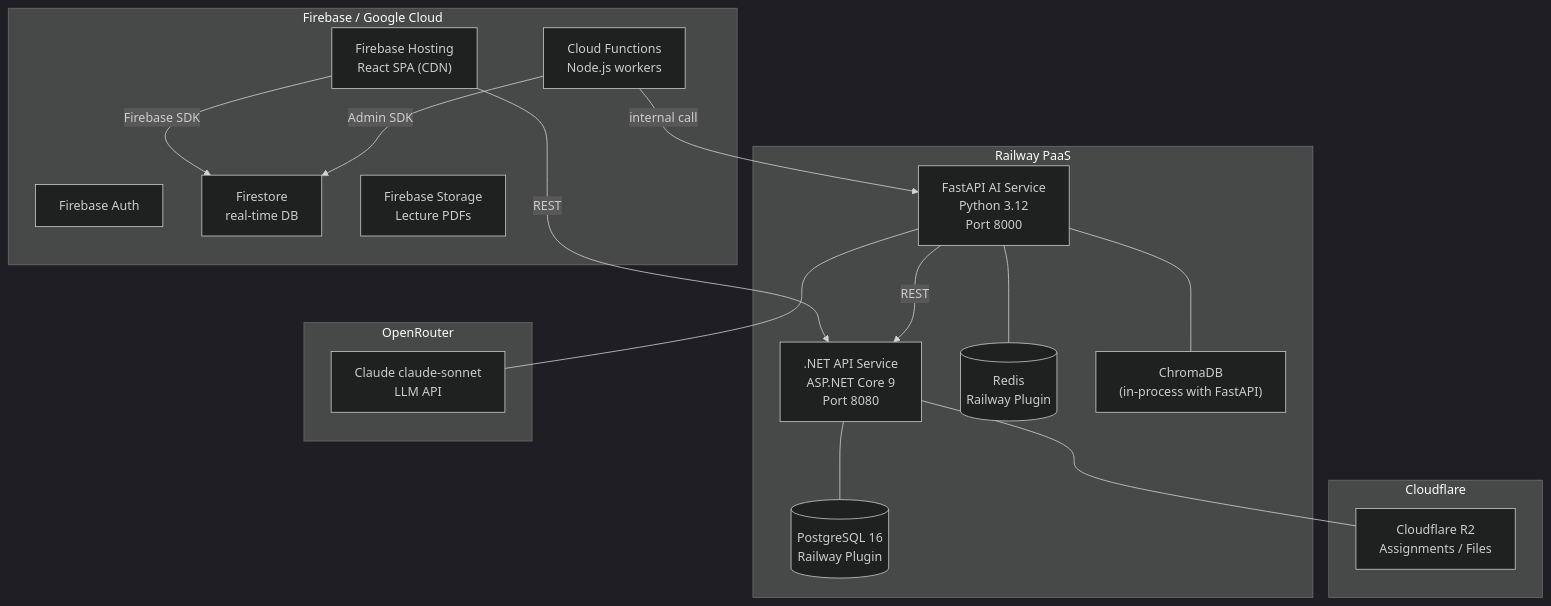
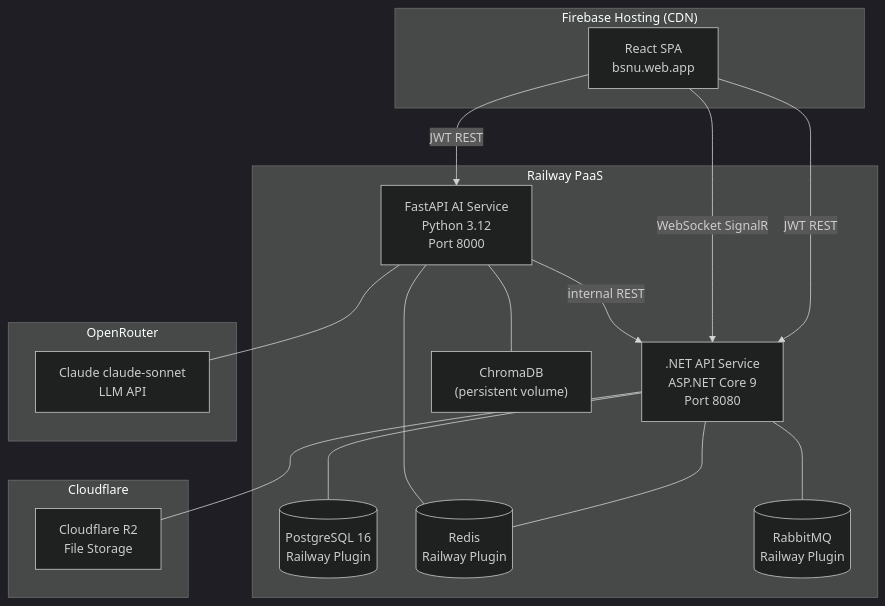
The diagram in Project-Documentation/33-System-Design/08_SCALABILITY_AND_DEPLOYMENT.md (Mohamedmahmoud148/UniversityManagementSystem), drawn with Mermaid (dark theme) before and after one commit. The commit also changed other lines of this file and 5 other files, not shown here.

First line of the commit message:
docs: remove Firebase backend from system design — hosting only

````diff
--- a/Project-Documentation/33-System-Design/08_SCALABILITY_AND_DEPLOYMENT.md
+++ b/Project-Documentation/33-System-Design/08_SCALABILITY_AND_DEPLOYMENT.md
@@ -11,37 +11,35 @@
 ```mermaid
 graph TD
+    subgraph FIREBASE["Firebase Hosting (CDN)"]
+        FHOSTING["React SPA\nbsnu.web.app"]
+    end
+
     subgraph RAILWAY["Railway PaaS"]
         DOTNET[".NET API Service\nASP.NET Core 9\nPort 8080"]
         FASTAPI["FastAPI AI Service\nPython 3.12\nPort 8000"]
         PG[("PostgreSQL 16\nRailway Plugin")]
         REDIS[("Redis\nRailway Plugin")]
-        CHROMA["ChromaDB\n(in-process with FastAPI)"]
-    end
-
-    subgraph FIREBASE["Firebase / Google Cloud"]
-        FHOSTING["Firebase Hosting\nReact SPA (CDN)"]
-        FAUTH["Firebase Auth"]
-        FSTORE["Firestore\nreal-time DB"]
-        FFUNC["Cloud Functions\nNode.js workers"]
-        FSTORAGE["Firebase Storage\nLecture PDFs"]
+        RABBIT[("RabbitMQ\nRailway Plugin")]
+        CHROMA["ChromaDB\n(persistent volume)"]
     end
 
     subgraph CDN["Cloudflare"]
-        R2["Cloudflare R2\nAssignments / Files"]
+        R2["Cloudflare R2\nFile Storage"]
     end
 
     subgraph OPENROUTER["OpenRouter"]
         LLM["Claude claude-sonnet\nLLM API"]
     end
 
-    FHOSTING -->|REST| DOTNET
-    FHOSTING -->|Firebase SDK| FSTORE
-    FFUNC -->|internal call| FASTAPI
-    FFUNC -->|Admin SDK| FSTORE
-    FASTAPI -->|REST| DOTNET
+    FHOSTING -->|JWT REST| DOTNET
+    FHOSTING -->|JWT REST| FASTAPI
+    FHOSTING -->|WebSocket SignalR| DOTNET
+    FASTAPI -->|internal REST| DOTNET
     DOTNET --- PG
     DOTNET --- R2
+    DOTNET --- REDIS
+    DOTNET --- RABBIT
     FASTAPI --- CHROMA
     FASTAPI --- REDIS
     FASTAPI --- LLM
 ```
````
